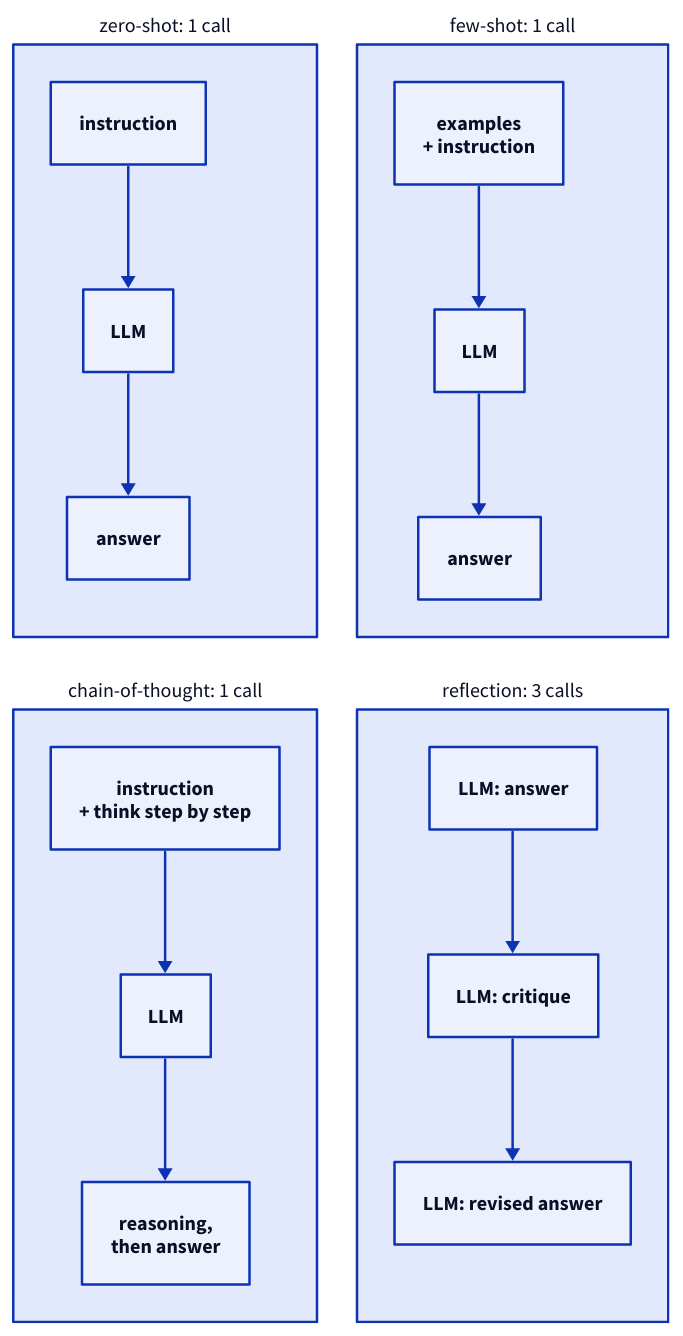
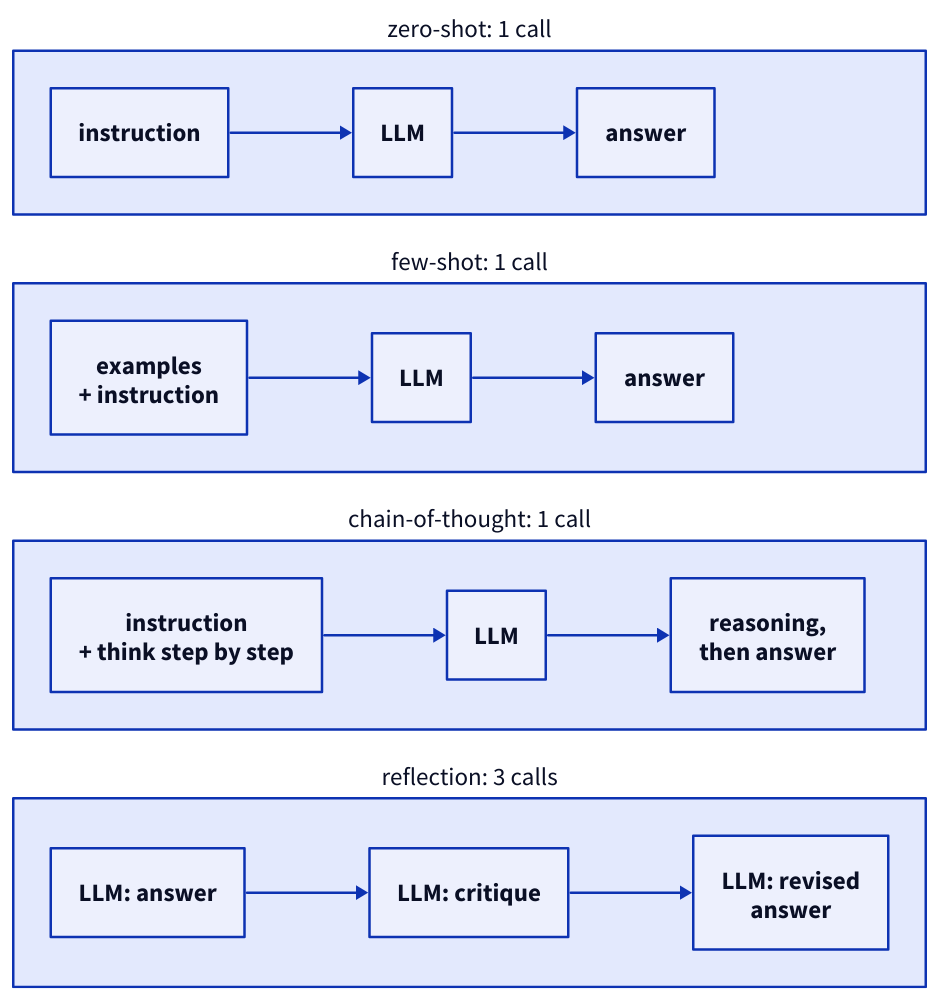
The diagram in content/ai/prompting/calls.d2 (Tianbo-Qiu/build), drawn with D2 before and after one commit. The commit also changed 27 other files, not shown here.

First line of the commit message:
Reflow oversized diagrams for readability

```diff
--- a/content/ai/prompting/calls.d2
+++ b/content/ai/prompting/calls.d2
@@ -1,34 +1,34 @@
-grid-rows: 2
-grid-columns: 2
-grid-gap: 32
+grid-rows: 4
+grid-columns: 1
+grid-gap: 24
 
 zs: "zero-shot: 1 call" {
-  direction: down
+  direction: right
   p: "instruction"
   m: "LLM"
   a: "answer"
   p -> m -> a
 }
 fs: "few-shot: 1 call" {
-  direction: down
+  direction: right
   p: "examples\n+ instruction"
   m: "LLM"
   a: "answer"
   p -> m -> a
 }
 cot: "chain-of-thought: 1 call" {
-  direction: down
+  direction: right
   p: "instruction\n+ think step by step"
   m: "LLM"
   a: "reasoning,\nthen answer"
   p -> m -> a
 }
 ref: "reflection: 3 calls" {
-  direction: down
+  direction: right
   a: "LLM: answer"
   c: "LLM: critique"
-  r: "LLM: revised answer"
+  r: "LLM: revised\nanswer"
   a -> c -> r
 }
 
-**.style.font-size: 16
+**.style.font-size: 20
```
